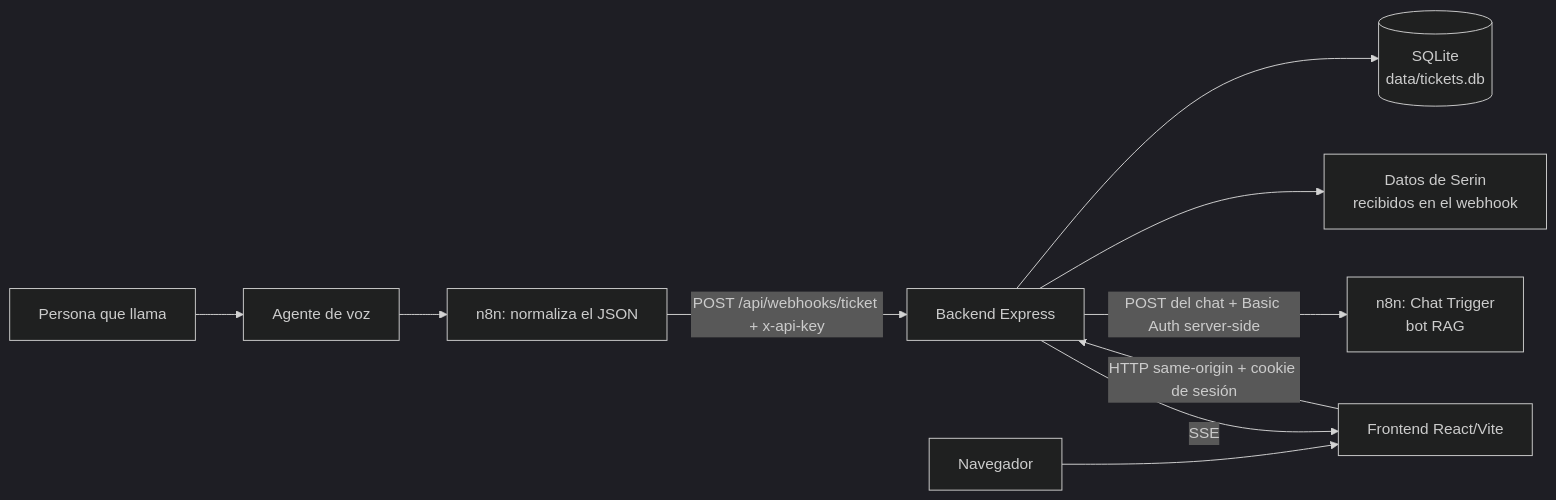
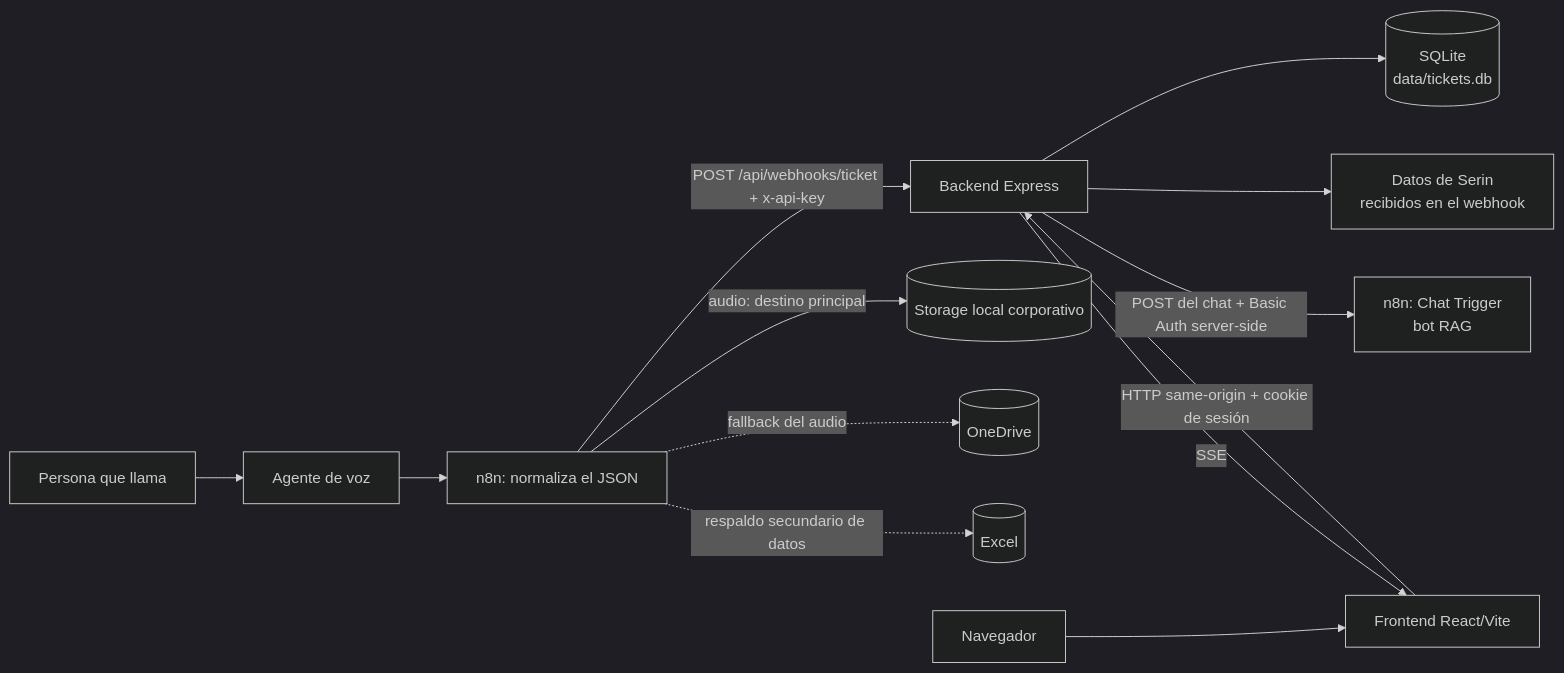
One commit to marianoLaclau/ticketsAdmin changed the first of 14 diagrams in docs/ARQUITECTURA.MD. Above: the diagram before and after it, drawn with Mermaid (dark theme). The commit also changed other lines of this file and 6 other files, not shown here.

````diff
--- a/docs/ARQUITECTURA.MD
+++ b/docs/ARQUITECTURA.MD
@@ -19,12 +21,15 @@
 ```mermaid
 flowchart LR
     caller[Persona que llama] --> voice[Agente de voz]
     voice --> n8nIngest[n8n: normaliza el JSON]
     n8nIngest -->|POST /api/webhooks/ticket + x-api-key| api[Backend Express]
+    n8nIngest -->|audio: destino principal| localAudio[(Storage local corporativo)]
+    n8nIngest -.->|fallback del audio| oneDrive[(OneDrive)]
+    n8nIngest -.->|respaldo secundario de datos| excel[(Excel)]
     browser[Navegador] --> ui[Frontend React/Vite]
     ui -->|HTTP same-origin + cookie de sesión| api
     api --> db[(SQLite<br/>data/tickets.db)]
     api -->|SSE| ui
     api --> serin[Datos de Serin<br/>recibidos en el webhook]
     api -->|POST del chat + Basic Auth server-side| rag[n8n: Chat Trigger<br/>bot RAG]
 ```
````
